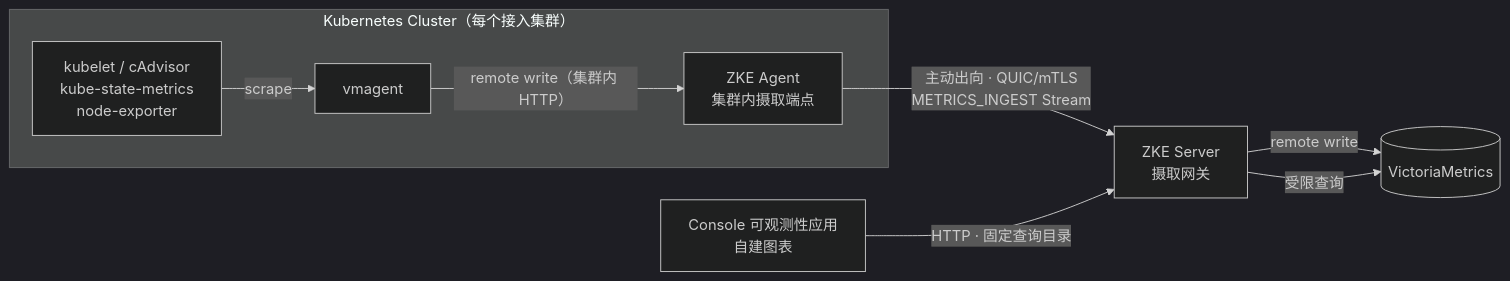
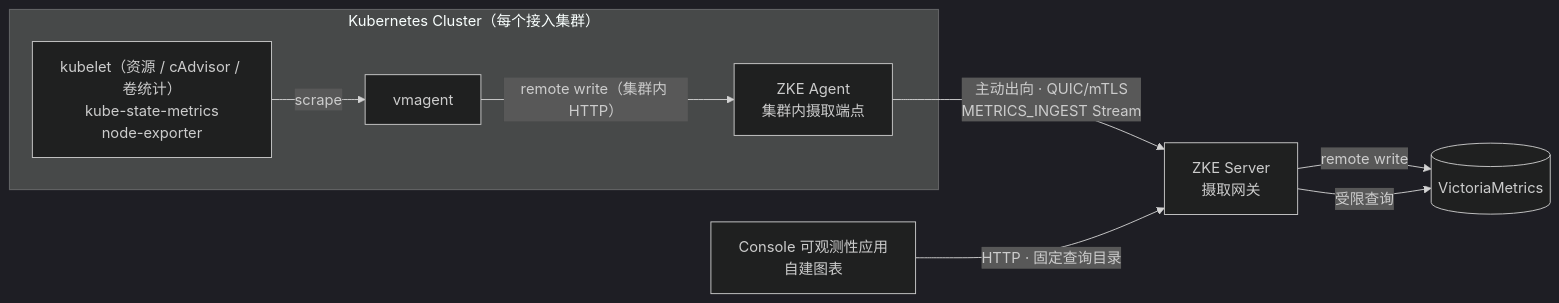
The diagram in docs/architecture/observability-phase-3.md (togettoyou/zke), drawn with Mermaid (dark theme) before and after one commit. The commit also changed other lines of this file and 15 other files, not shown here.

Commit message:
feat(observability): new metric families, stacked charts and reference lines

````diff
--- a/docs/architecture/observability-phase-3.md
+++ b/docs/architecture/observability-phase-3.md
@@ -73,15 +75,15 @@
 ```mermaid
 flowchart LR
     subgraph Cluster["Kubernetes Cluster（每个接入集群）"]
-        Targets["kubelet / cAdvisor<br/>kube-state-metrics<br/>node-exporter"]
+        Targets["kubelet（资源 / cAdvisor / 卷统计）<br/>kube-state-metrics<br/>node-exporter"]
         VMAgent["vmagent"]
         Agent["ZKE Agent<br/>集群内摄取端点"]
         Targets -->|"scrape"| VMAgent
         VMAgent -->|"remote write（集群内 HTTP）"| Agent
     end
 
     Agent -->|"主动出向 · QUIC/mTLS<br/>METRICS_INGEST Stream"| Server["ZKE Server<br/>摄取网关"]
     Server -->|"remote write"| Storage[("VictoriaMetrics")]
     Console["Console 可观测性应用<br/>自建图表"] -->|"HTTP · 固定查询目录"| Server
     Server -->|"受限查询"| Storage
 ```
````
